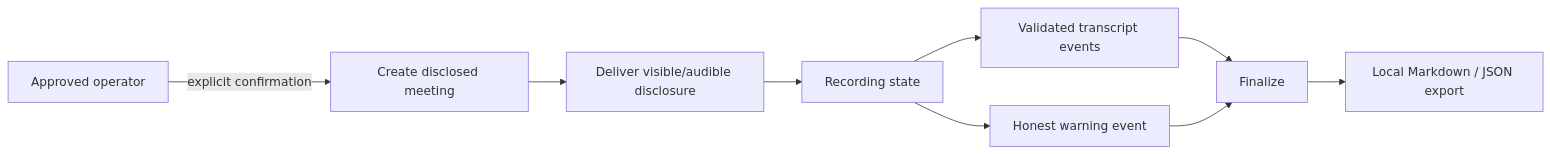
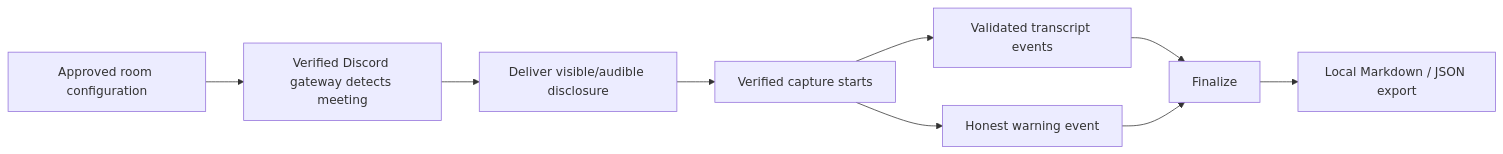
The first of 2 diagrams in README.md (DropShock-Digital/meeting-scribe), drawn with Mermaid before and after one commit. The commit also changed other lines of this file and 12 other files, not shown here.

Commit message:
feat: replace form console with operator control room

````diff
--- a/README.md
+++ b/README.md
@@ -68,11 +68,11 @@
 ```mermaid
 flowchart LR
-  O[Approved operator] -->|explicit confirmation| C[Create disclosed meeting]
-  C --> D[Deliver visible/audible disclosure]
-  D --> R[Recording state]
+  C[Approved room configuration] --> G[Verified Discord gateway detects meeting]
+  G --> D[Deliver visible/audible disclosure]
+  D --> R[Verified capture starts]
   R --> T[Validated transcript events]
   R --> W[Honest warning event]
   T --> F[Finalize]
   W --> F
   F --> E[Local Markdown / JSON export]
 ```
````
